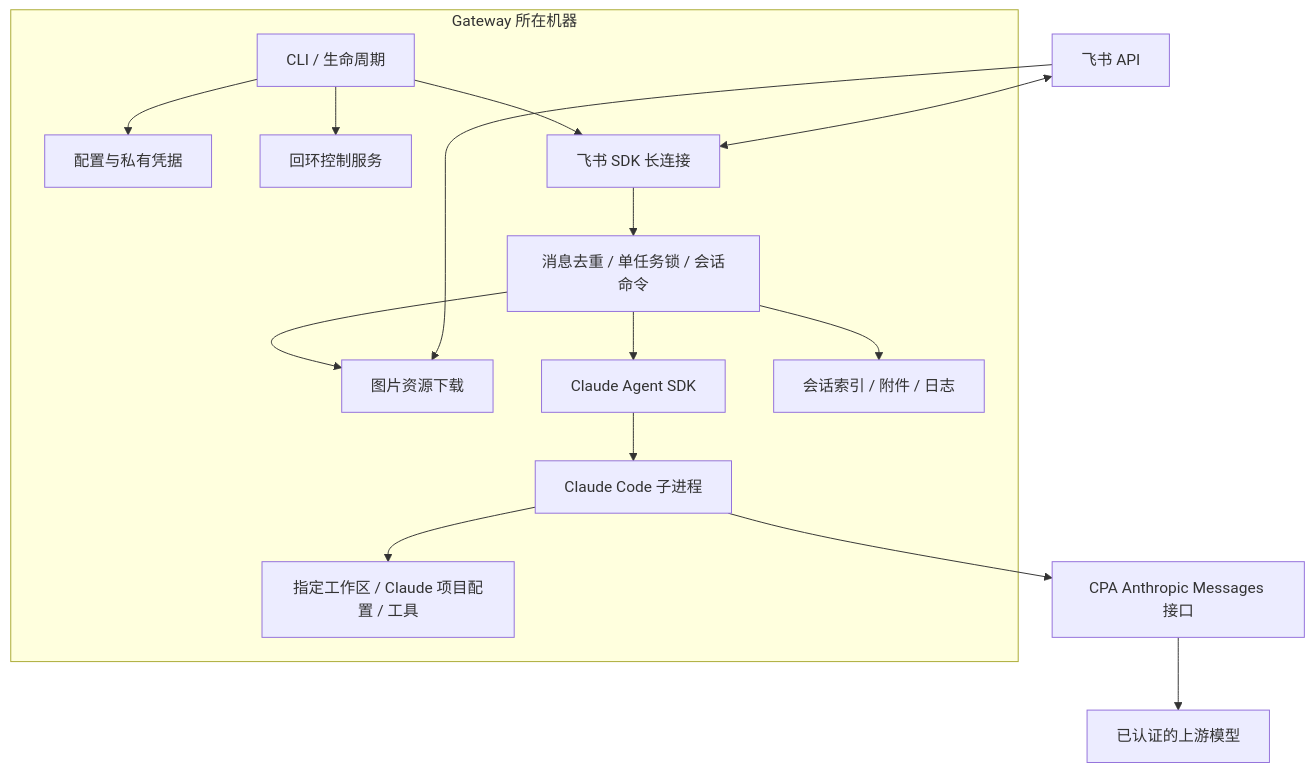
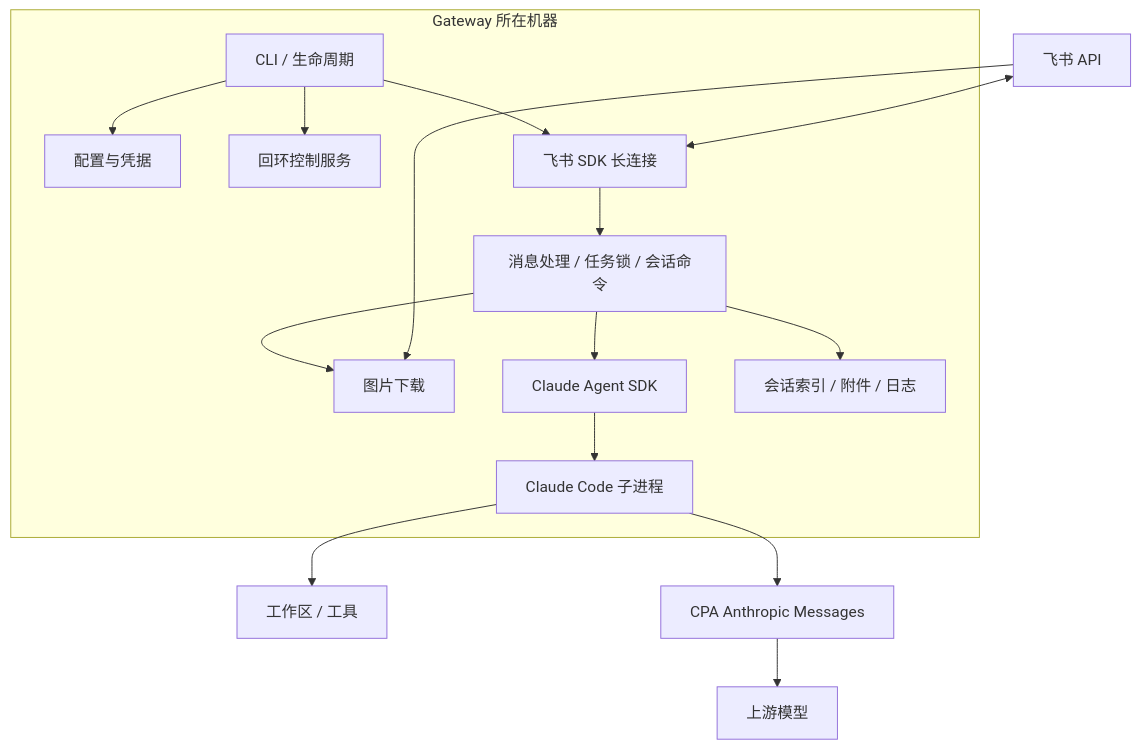
One commit to ketchupz1999/feishu-agent-gateway changed the first of 3 diagrams in docs/architecture.md. Above: the diagram before and after it, drawn with Mermaid. The commit also changed other lines of this file and 13 other files, not shown here.

First line of the commit message:
feat: rewrite docs, add model_aliases and architecture diagram

````diff
--- a/docs/architecture.md
+++ b/docs/architecture.md
@@ -9,18 +9,27 @@
 ```mermaid
 flowchart TB
     subgraph Host[Gateway 所在机器]
-        CLI[CLI / 生命周期] --> Config[配置与私有凭据]
-        CLI --> Control[回环控制服务]
-        CLI --> Lark[飞书 SDK 长连接]
-        Lark --> App[消息去重 / 单任务锁 / 会话命令]
-        App --> Image[图片资源下载]
-        App --> SDK[Claude Agent SDK]
-        SDK --> Claude[Claude Code 子进程]
-        App --> State[会话索引 / 附件 / 日志]
-        Claude --> Work[指定工作区 / Claude 项目配置 / 工具]
+        CLI[CLI / 生命周期]
+        Config[配置与凭据]
+        Control[回环控制服务]
+        Lark[飞书 SDK 长连接]
+        App[消息处理 / 任务锁 / 会话命令]
+        Image[图片下载]
+        SDK[Claude Agent SDK]
+        Claude[Claude Code 子进程]
+        State[会话索引 / 附件 / 日志]
     end
+    CLI --> Config
+    CLI --> Control
+    CLI --> Lark
+    Lark --> App
+    App --> Image
+    App --> SDK
+    SDK --> Claude
+    App --> State
+    Claude --> Work[工作区 / 工具]
     Feishu[飞书 API] <--> Lark
     Feishu --> Image
-    Claude --> CPA[CPA Anthropic Messages 接口]
-    CPA --> Models[已认证的上游模型]
+    Claude --> CPA[CPA Anthropic Messages]
+    CPA --> Models[上游模型]
 ```
````
